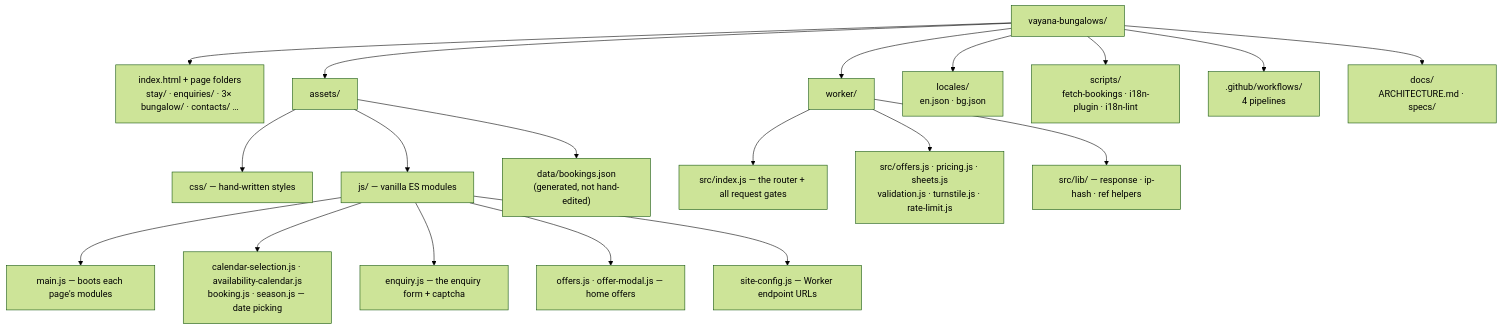
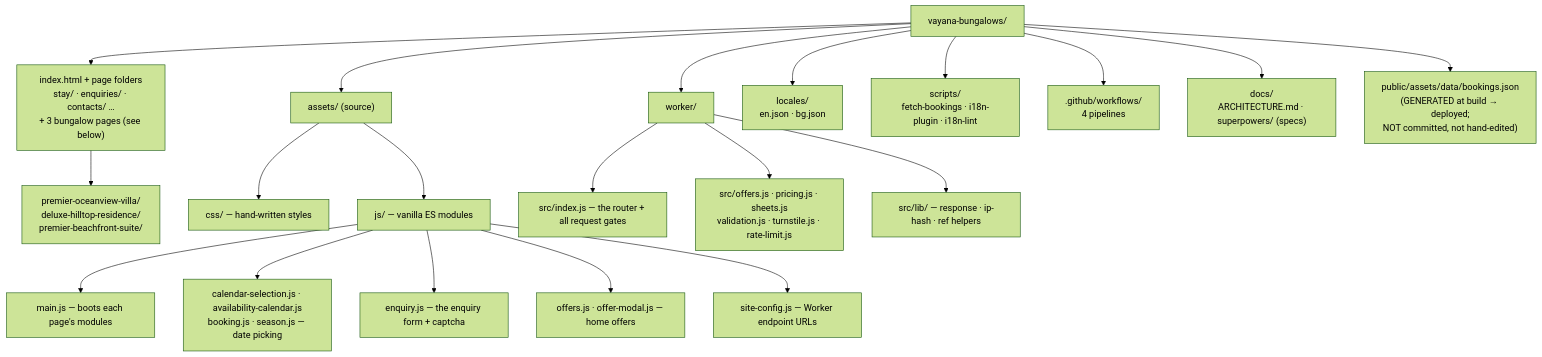
One commit to NoobCoder1209/vayana-bungalows changed the second of 9 diagrams in docs/ARCHITECTURE.md. Above: the diagram before and after it, drawn with Mermaid (forest theme). The commit also changed other lines of this file, not shown here.

First line of the commit message:
docs: fix ARCHITECTURE.md accuracy (review findings)

````diff
--- a/docs/ARCHITECTURE.md
+++ b/docs/ARCHITECTURE.md
@@ -52,26 +52,28 @@
 ```mermaid
 flowchart TD
     Root["vayana-bungalows/"]
 
-    Root --> Pages["index.html + page folders<br/>stay/ · enquiries/ · 3× bungalow/ · contacts/ …"]
-    Root --> Assets["assets/"]
+    Root --> Pages["index.html + page folders<br/>stay/ · enquiries/ · contacts/ …<br/>+ 3 bungalow pages (see below)"]
+    Root --> Assets["assets/ (source)"]
     Root --> Worker["worker/"]
     Root --> Locales["locales/<br/>en.json · bg.json"]
     Root --> Scripts["scripts/<br/>fetch-bookings · i18n-plugin · i18n-lint"]
     Root --> WF[".github/workflows/<br/>4 pipelines"]
-    Root --> Docs["docs/<br/>ARCHITECTURE.md · specs/"]
+    Root --> Docs["docs/<br/>ARCHITECTURE.md · superpowers/ (specs)"]
+
+    Pages --> Bungalows["premier-oceanview-villa/<br/>deluxe-hilltop-residence/<br/>premier-beachfront-suite/"]
 
     Assets --> CSS["css/ — hand-written styles"]
     Assets --> JS["js/ — vanilla ES modules"]
-    Assets --> Data["data/bookings.json<br/>(generated, not hand-edited)"]
+    Root --> Public["public/assets/data/bookings.json<br/>(GENERATED at build → deployed;<br/>NOT committed, not hand-edited)"]
 
     JS --> JScore["main.js — boots each page's modules"]
     JS --> JSbook["calendar-selection.js · availability-calendar.js<br/>booking.js · season.js — date picking"]
     JS --> JSenq["enquiry.js — the enquiry form + captcha"]
     JS --> JSoffer["offers.js · offer-modal.js — home offers"]
     JS --> JScfg["site-config.js — Worker endpoint URLs"]
 
     Worker --> Widx["src/index.js — the router + all request gates"]
     Worker --> Wmod["src/offers.js · pricing.js · sheets.js<br/>validation.js · turnstile.js · rate-limit.js"]
     Worker --> Wlib["src/lib/ — response · ip-hash · ref helpers"]
 ```
````
